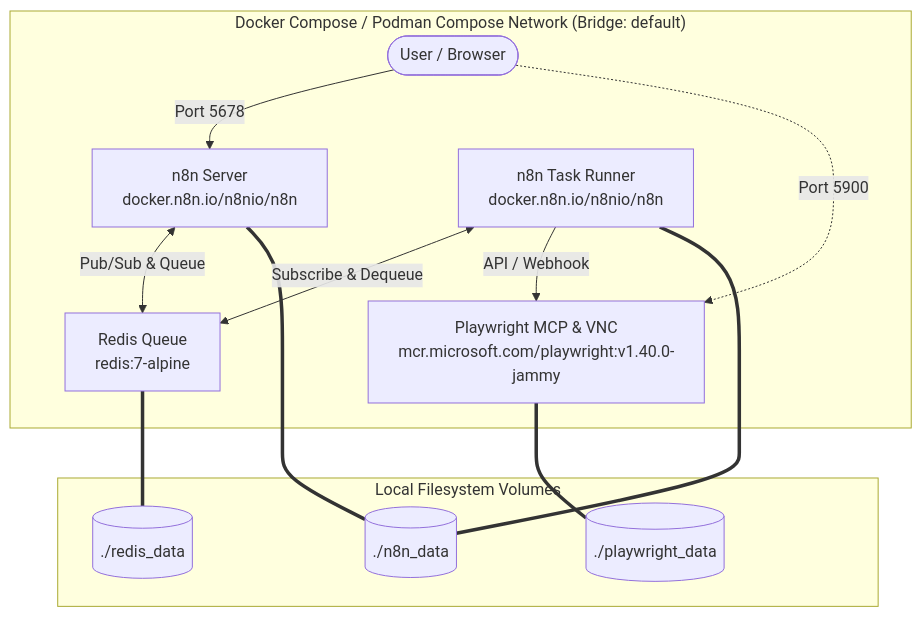
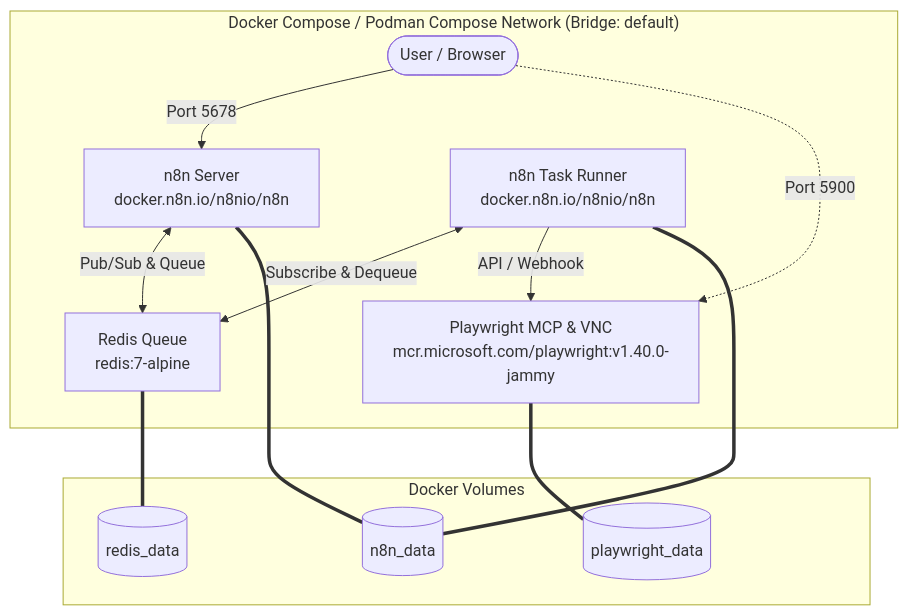
One commit to da-shina/n8n-docker-compose changed the diagram in .kiro/specs/docker-compose-modularization/design.md. Above: the diagram before and after it, drawn with Mermaid. The commit also changed other lines of this file and 13 other files, not shown here.

First line of the commit message:
feat: Convert local directories to Docker volumes and add Playwright MCP server

````diff
--- a/.kiro/specs/docker-compose-modularization/design.md
+++ b/.kiro/specs/docker-compose-modularization/design.md
@@ -11,28 +11,28 @@
 ```mermaid
 graph TD
     User([User / Browser])
     subgraph "Docker Compose / Podman Compose Network (Bridge: default)"
         n8n[n8n Server<br>docker.n8n.io/n8nio/n8n]
         Runner[n8n Task Runner<br>docker.n8n.io/n8nio/n8n]
         Redis[Redis Queue<br>redis:7-alpine]
         Playwright[Playwright MCP & VNC<br>mcr.microsoft.com/playwright:v1.40.0-jammy]
 
         User -->|Port 5678| n8n
         User -.->|Port 5900| Playwright
 
         n8n <-->|Pub/Sub & Queue| Redis
         Runner <-->|Subscribe & Dequeue| Redis
         Runner -->|API / Webhook| Playwright
     end
 
-    subgraph "Local Filesystem Volumes"
-        n8nData[(./n8n_data)]
-        pwData[(./playwright_data)]
-        redisData[(./redis_data)]
+    subgraph "Docker Volumes"
+        n8nData[(n8n_data)]
+        pwData[(playwright_data)]
+        redisData[(redis_data)]
     end
 
     n8n === n8nData
     Runner === n8nData
     Playwright === pwData
     Redis === redisData
 ```
````
